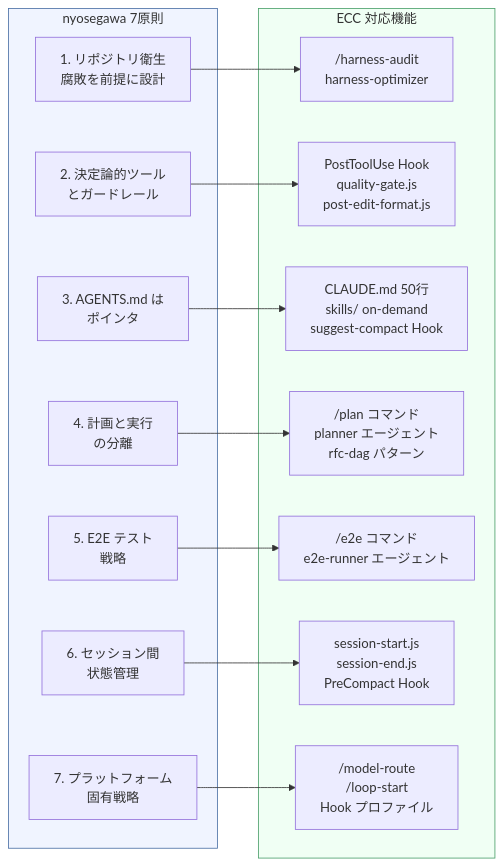
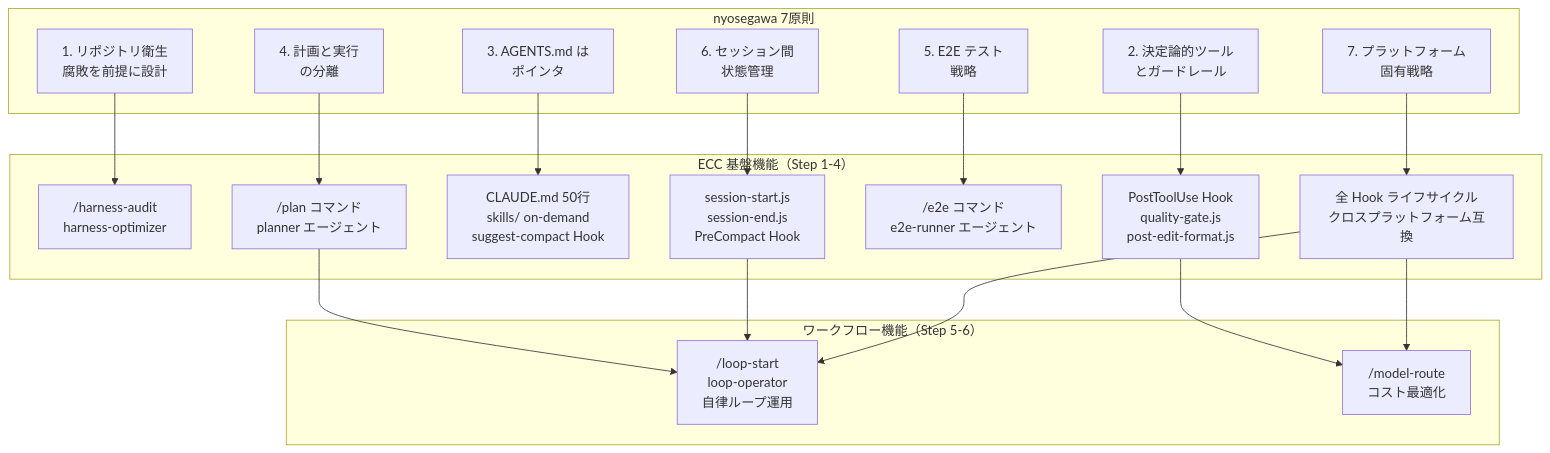
The first of 2 diagrams in .history/2026-03-20_agent-harness-performance-system/HARNESS-ENGINEERING-GUIDE.md (ymdvsymd/everything-claude-code), drawn with Mermaid before and after one commit. The commit also changed other lines of this file, not shown here.

Commit message:
fix: clarify the principles of harness engineering and improve diagram structure

````diff
--- a/.history/2026-03-20_agent-harness-performance-system/HARNESS-ENGINEERING-GUIDE.md
+++ b/.history/2026-03-20_agent-harness-performance-system/HARNESS-ENGINEERING-GUIDE.md
@@ -27,33 +25,41 @@
 ```mermaid
-graph LR
+graph TB
     subgraph principles["nyosegawa 7原則"]
         P1["1. リポジトリ衛生<br>腐敗を前提に設計"]
         P2["2. 決定論的ツール<br>とガードレール"]
         P3["3. AGENTS.md は<br>ポインタ"]
         P4["4. 計画と実行<br>の分離"]
         P5["5. E2E テスト<br>戦略"]
         P6["6. セッション間<br>状態管理"]
         P7["7. プラットフォーム<br>固有戦略"]
     end
 
-    subgraph ecc["ECC 対応機能"]
+    subgraph foundation["ECC 基盤機能（Step 1-4）"]
         E1["/harness-audit<br>harness-optimizer"]
         E2["PostToolUse Hook<br>quality-gate.js<br>post-edit-format.js"]
         E3["CLAUDE.md 50行<br>skills/ on-demand<br>suggest-compact Hook"]
-        E4["/plan コマンド<br>planner エージェント<br>rfc-dag パターン"]
+        E4["/plan コマンド<br>planner エージェント"]
         E5["/e2e コマンド<br>e2e-runner エージェント"]
         E6["session-start.js<br>session-end.js<br>PreCompact Hook"]
-        E7["/model-route<br>/loop-start<br>Hook プロファイル"]
+        E7["全 Hook ライフサイクル<br>クロスプラットフォーム互換"]
+    end
+
+    subgraph workflow["ワークフロー機能（Step 5-6）"]
+        W1["/loop-start<br>loop-operator<br>自律ループ運用"]
+        W2["/model-route<br>コスト最適化"]
     end
 
     P1 --> E1
     P2 --> E2
     P3 --> E3
     P4 --> E4
     P5 --> E5
     P6 --> E6
     P7 --> E7
 
-    style principles fill:#f0f4ff,stroke:#4a6fa5
-    style ecc fill:#f0fff4,stroke:#4a9f6a
+    E4 --> W1
+    E6 --> W1
+    E7 --> W1
+    E2 --> W2
+    E7 --> W2
 ```
````
